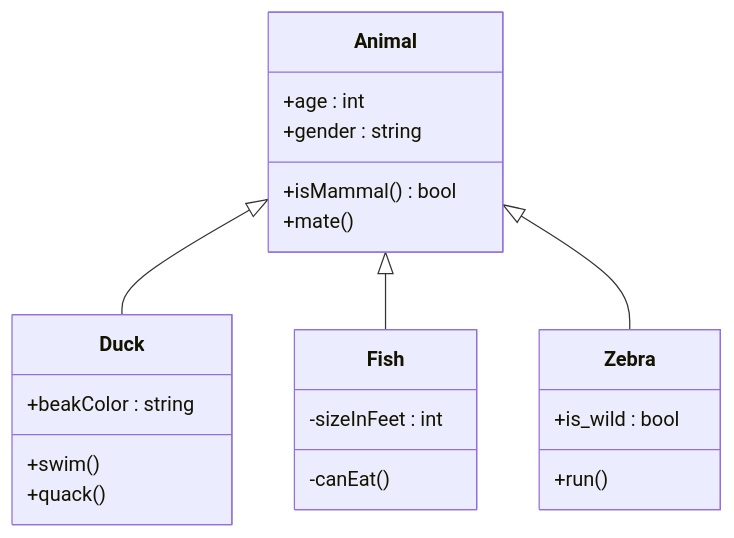
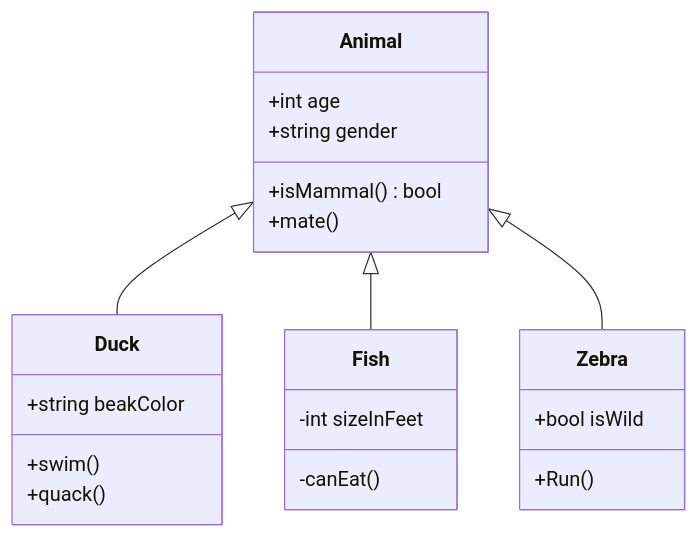
The first of 3 diagrams in Lesson01.md (ZhiZe-ZG/UMLLesson), drawn with Mermaid before and after one commit. The commit also changed other lines of this file and 3 other files, not shown here.

````diff
--- a/Lesson01.md
+++ b/Lesson01.md
@@ -54,25 +54,25 @@
 ```mermaid
 classDiagram
     class Animal{
-        +age : int
-        +gender : string
+        +int age 
+        +string gender 
         +isMammal() bool
         +mate()
     }
     class Duck{
-        +beakColor : string
+        +string beakColor 
         +swim()
         +quack()
     }
     class Fish{
-        -sizeInFeet : int
+        -int sizeInFeet
         -canEat()
     }
     class Zebra{
-        +is_wild : bool
-        +run()
+        +bool isWild 
+        +Run()
     }
     Animal <|-- Duck
     Animal <|-- Fish
     Animal <|-- Zebra
 ```
````
